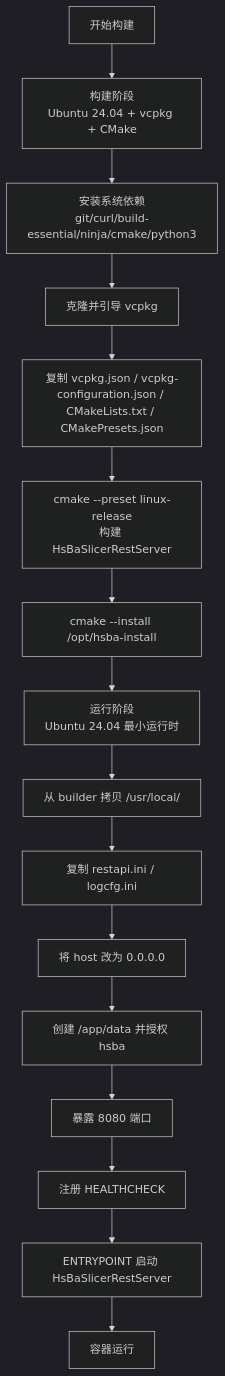
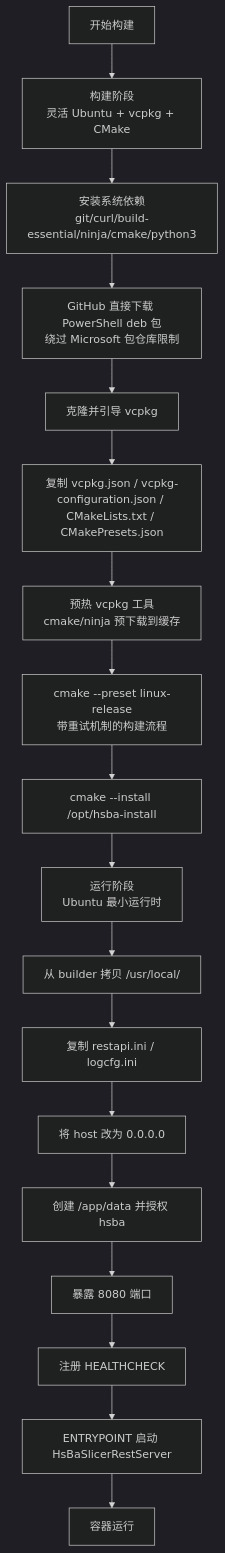
One commit to hsmbanlance/HsBaSlicer changed the first of 5 diagrams in .qoder/repowiki/zh/content/部署故障排除与FAQ/Docker容器化部署.md. Above: the diagram before and after it, drawn with Mermaid (dark theme). The commit also changed other lines of this file and 66 other files, not shown here.

````diff
--- a/.qoder/repowiki/zh/content/部署故障排除与FAQ/Docker容器化部署.md
+++ b/.qoder/repowiki/zh/content/部署故障排除与FAQ/Docker容器化部署.md
@@ -38,18 +48,20 @@
 ```mermaid
 flowchart TD
-Start["开始构建"] --> BuilderStage["构建阶段<br/>Ubuntu 24.04 + vcpkg + CMake"]
+Start["开始构建"] --> BuilderStage["构建阶段<br/>灵活 Ubuntu + vcpkg + CMake"]
 BuilderStage --> InstallDeps["安装系统依赖<br/>git/curl/build-essential/ninja/cmake/python3"]
-InstallDeps --> VcpkgBootstrap["克隆并引导 vcpkg"]
+InstallDeps --> PowerShellInstall["GitHub 直接下载 PowerShell deb 包<br/>绕过 Microsoft 包仓库限制"]
+PowerShellInstall --> VcpkgBootstrap["克隆并引导 vcpkg"]
 VcpkgBootstrap --> CopyManifests["复制 vcpkg.json / vcpkg-configuration.json / CMakeLists.txt / CMakePresets.json"]
-CopyManifests --> ConfigureBuild["cmake --preset linux-release<br/>构建 HsBaSlicerRestServer"]
+CopyManifests --> PreWarmTools["预热 vcpkg 工具<br/>cmake/ninja 预下载到缓存"]
+PreWarmTools --> ConfigureBuild["cmake --preset linux-release<br/>带重试机制的构建流程"]
 ConfigureBuild --> InstallArtifacts["cmake --install /opt/hsba-install"]
-InstallArtifacts --> RuntimeStage["运行阶段<br/>Ubuntu 24.04 最小运行时"]
+InstallArtifacts --> RuntimeStage["运行阶段<br/>Ubuntu 最小运行时"]
 RuntimeStage --> CopyBinaries["从 builder 拷贝 /usr/local/"]
 CopyBinaries --> CopyConfig["复制 restapi.ini / logcfg.ini"]
 CopyConfig --> FixHost["将 host 改为 0.0.0.0"]
 FixHost --> CreateDataDir["创建 /app/data 并授权 hsba"]
 CreateDataDir --> ExposePort["暴露 8080 端口"]
 ExposePort --> Healthcheck["注册 HEALTHCHECK"]
 Healthcheck --> Entrypoint["ENTRYPOINT 启动 HsBaSlicerRestServer"]
 Entrypoint --> End["容器运行"]
 ```
````
